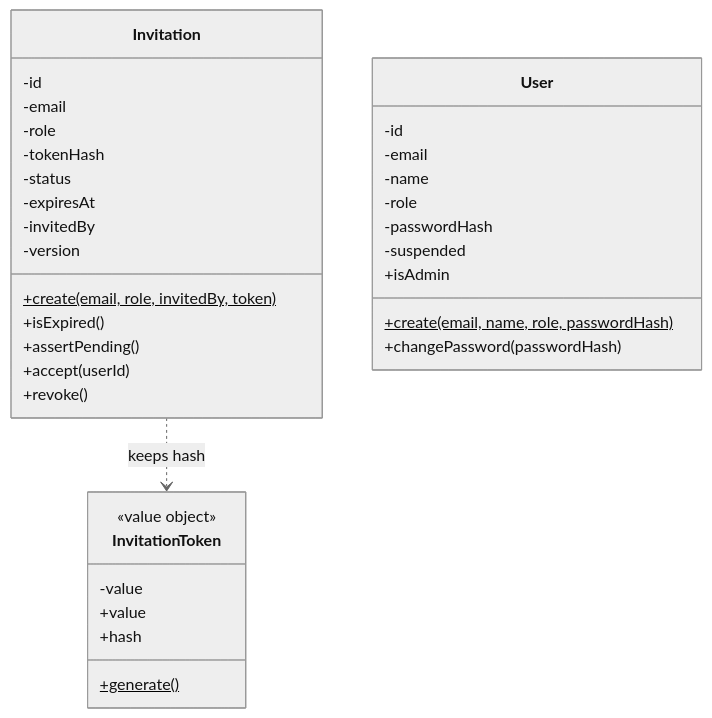
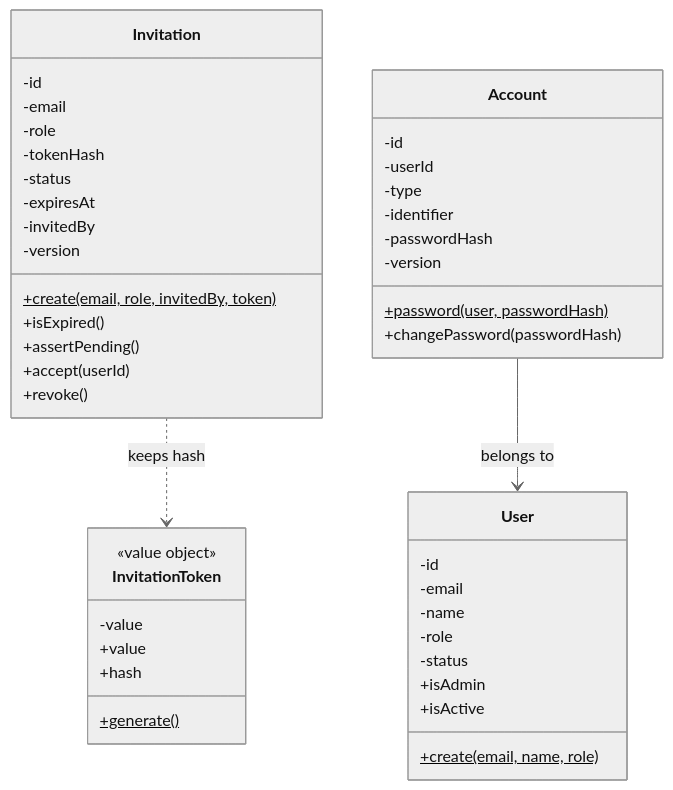
The third of 3 diagrams in docs/architecture/01-domain.md (AidXylelele/tenon), drawn with Mermaid (neutral theme) before and after one commit. The commit also changed other lines of this file and 58 other files, not shown here.

First line of the commit message:
refactor(api): move sign-in credentials from user to account

````diff
--- a/docs/architecture/01-domain.md
+++ b/docs/architecture/01-domain.md
@@ -147,37 +148,47 @@
 ```mermaid
 classDiagram
   class Invitation {
     -id
     -email
     -role
     -tokenHash
     -status
     -expiresAt
     -invitedBy
     -version
     +create(email, role, invitedBy, token)$
     +isExpired()
     +assertPending()
     +accept(userId)
     +revoke()
   }
   class InvitationToken {
     <<value object>>
     -value
     +generate()$
     +value
     +hash
   }
   class User {
     -id
     -email
     -name
     -role
+    -status
+    +create(email, name, role)$
+    +isAdmin
+    +isActive
+  }
+  class Account {
+    -id
+    -userId
+    -type
+    -identifier
     -passwordHash
-    -suspended
-    +create(email, name, role, passwordHash)$
-    +isAdmin
+    -version
+    +password(user, passwordHash)$
     +changePassword(passwordHash)
   }
   Invitation ..> InvitationToken : keeps hash
+  Account --> User : belongs to
 ```
````
